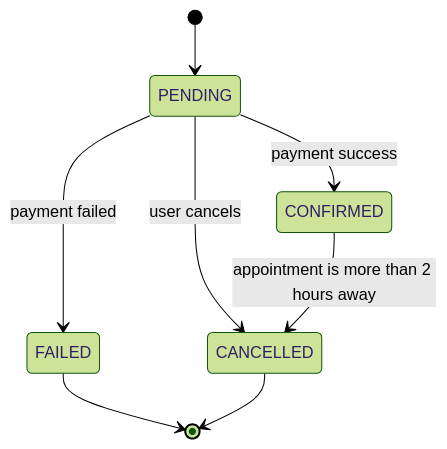
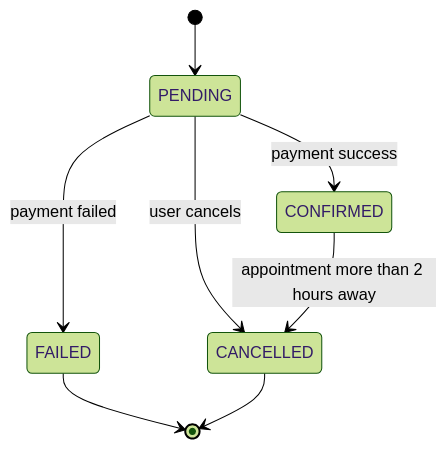
Before and after one commit to shrutisharma91/EVE-HEALTHCARE-ASSIGNMENT: the third of 3 diagrams in README.md, drawn with Mermaid (forest theme). The commit also changed other lines of this file and 2 other files, not shown here.

````diff
--- a/README.md
+++ b/README.md
@@ -180,10 +306,10 @@
 ```mermaid
 stateDiagram-v2
     [*] --> PENDING
     PENDING --> CONFIRMED: payment success
     PENDING --> FAILED: payment failed
     PENDING --> CANCELLED: user cancels
-    CONFIRMED --> CANCELLED: appointment is more than 2 hours away
+    CONFIRMED --> CANCELLED: appointment more than 2 hours away
     FAILED --> [*]
     CANCELLED --> [*]
 ```
````
